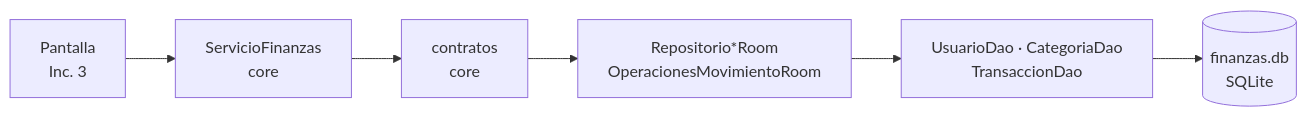
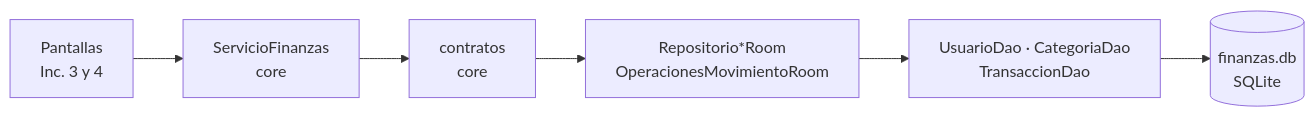
One commit to JoseOsorio4/AppGastos changed the second of 2 diagrams in docs/MAPA_DEL_CODIGO.md. Above: the diagram before and after it, drawn with Mermaid. The commit also changed other lines of this file and 51 other files, not shown here.

````diff
--- a/docs/MAPA_DEL_CODIGO.md
+++ b/docs/MAPA_DEL_CODIGO.md
@@ -99,8 +102,8 @@
 ```mermaid
 flowchart LR
-  P[Pantalla<br/>Inc. 3] --> S[ServicioFinanzas<br/>core]
+  P[Pantallas<br/>Inc. 3 y 4] --> S[ServicioFinanzas<br/>core]
   S --> C[contratos<br/>core]
   C --> R[Repositorio*Room<br/>OperacionesMovimientoRoom]
   R --> D[UsuarioDao · CategoriaDao<br/>TransaccionDao]
   D --> B[(finanzas.db<br/>SQLite)]
 ```
````
